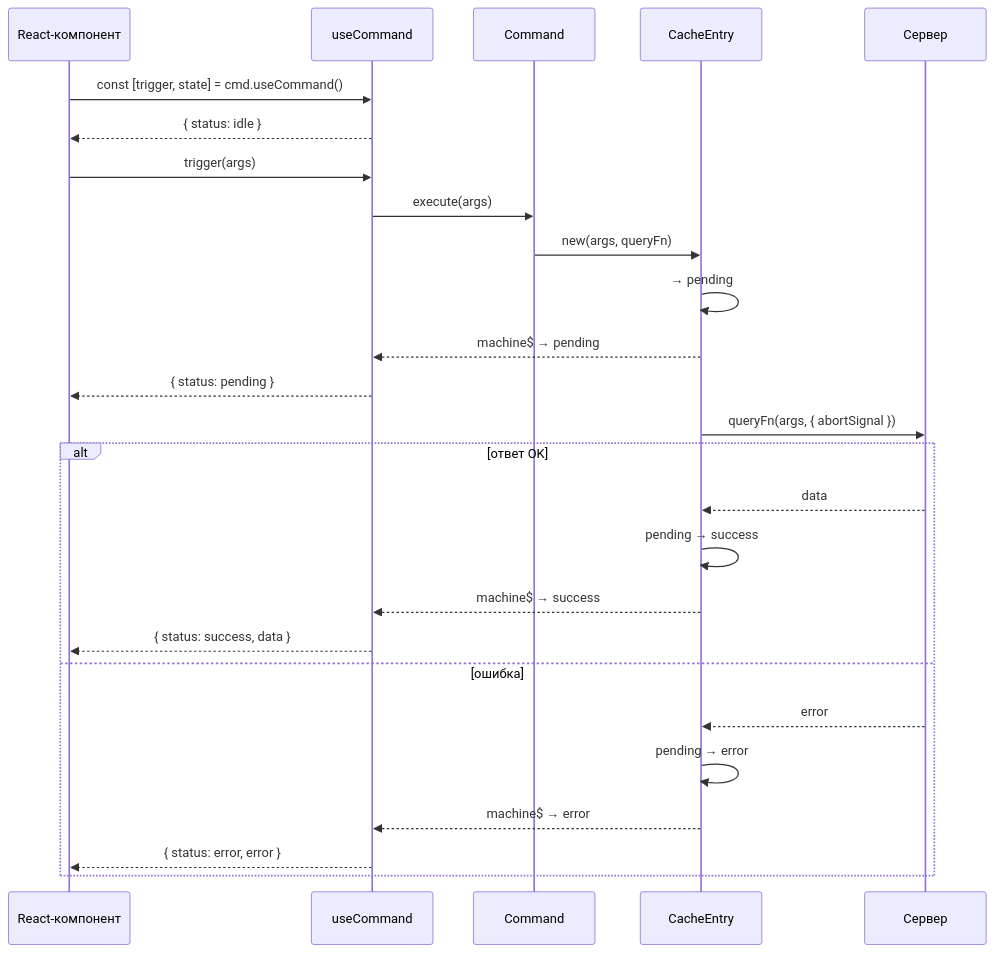
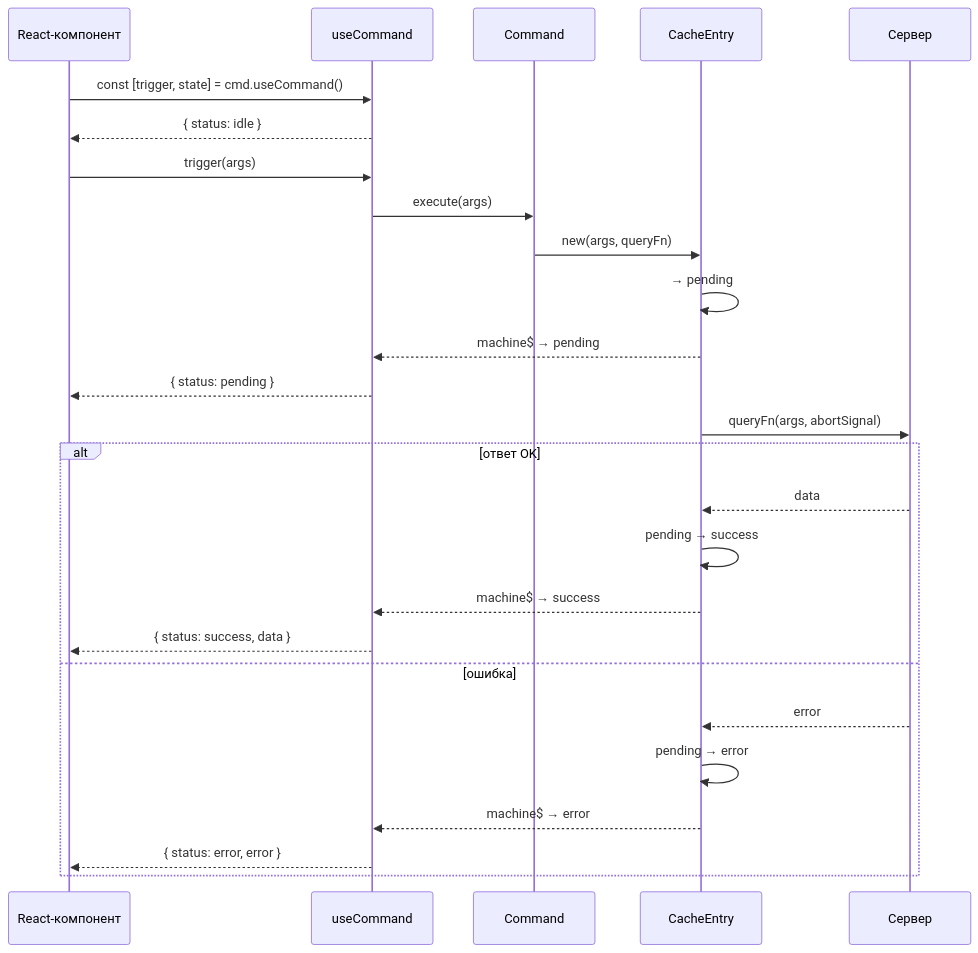
One commit to fozy-labs/rx-toolkit changed the seventh of 11 diagrams in docs/query/concepts/dataflows.md. Above: the diagram before and after it, drawn with Mermaid. The commit also changed other lines of this file and 3 other files, not shown here.

````diff
--- a/docs/query/concepts/dataflows.md
+++ b/docs/query/concepts/dataflows.md
@@ -195,32 +195,32 @@
 ```mermaid
 sequenceDiagram
     participant UI as React-компонент
     participant Hook as useCommand
     participant Cmd as Command
     participant Entry as CacheEntry
     participant Server as Сервер
 
     UI->>Hook: const [trigger, state] = cmd.useCommand()
     Hook-->>UI: { status: idle }
 
     UI->>Hook: trigger(args)
     Hook->>Cmd: execute(args)
     Cmd->>Entry: new(args, queryFn)
     Entry->>Entry: → pending
     Entry-->>Hook: machine$ → pending
     Hook-->>UI: { status: pending }
 
-    Entry->>Server: queryFn(args, { abortSignal })
+    Entry->>Server: queryFn(args, abortSignal)
 
     alt ответ OK
         Server-->>Entry: data
         Entry->>Entry: pending → success
         Entry-->>Hook: machine$ → success
         Hook-->>UI: { status: success, data }
     else ошибка
         Server-->>Entry: error
         Entry->>Entry: pending → error
         Entry-->>Hook: machine$ → error
         Hook-->>UI: { status: error, error }
     end
 ```
````
